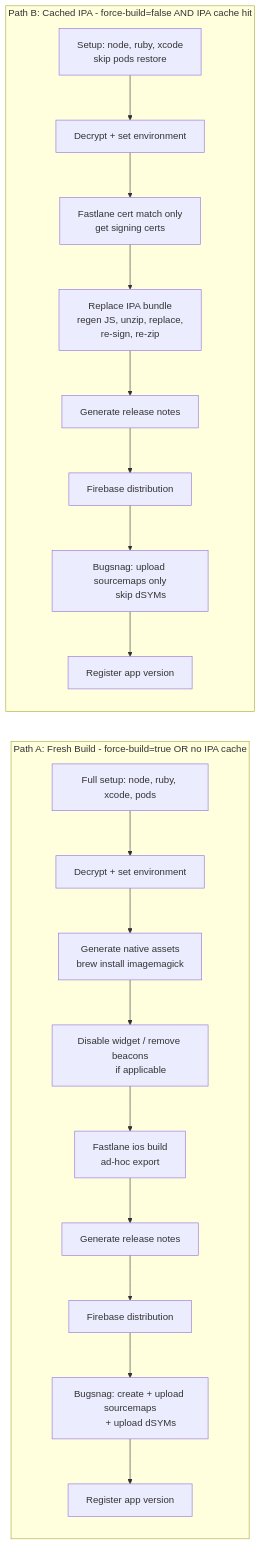
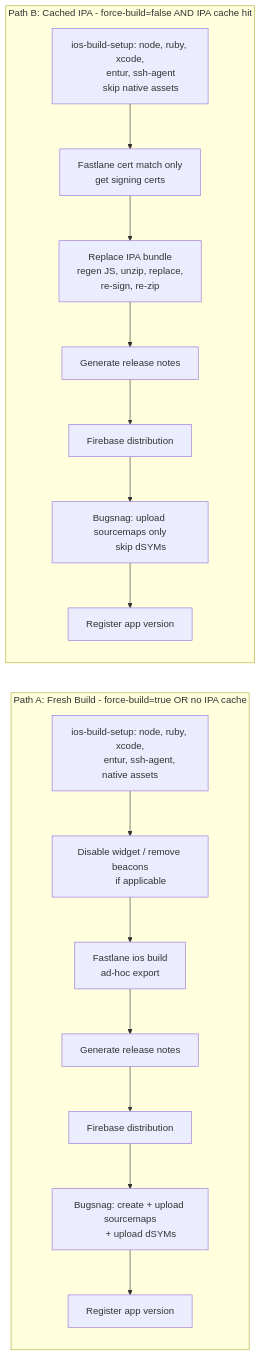
The sixth of 7 diagrams in docs/ios-build-staging-graph.md (AtB-AS/mittatb-app), drawn with Mermaid before and after one commit. The commit also changed other lines of this file and 3 other files, not shown here.

Commit message:
tidy-up ios build

````diff
--- a/docs/ios-build-staging-graph.md
+++ b/docs/ios-build-staging-graph.md
@@ -308,34 +310,32 @@
 ```mermaid
 flowchart LR
     subgraph fresh ["Path A: Fresh Build - force-build=true OR no IPA cache"]
         direction TB
-        f1["Full setup: node, ruby, xcode, pods"] --> f2["Decrypt + set environment"]
-        f2 --> f3["Generate native assets
-        brew install imagemagick"]
-        f3 --> f4["Disable widget / remove beacons
+        f1["ios-build-setup: node, ruby, xcode,
+        entur, ssh-agent, native assets"] --> f2["Disable widget / remove beacons
         if applicable"]
-        f4 --> f5["Fastlane ios build
+        f2 --> f3["Fastlane ios build
         ad-hoc export"]
-        f5 --> f6["Generate release notes"]
-        f6 --> f7["Firebase distribution"]
-        f7 --> f8["Bugsnag: create + upload sourcemaps
+        f3 --> f4["Generate release notes"]
+        f4 --> f5["Firebase distribution"]
+        f5 --> f6["Bugsnag: create + upload sourcemaps
         + upload dSYMs"]
-        f8 --> f9["Register app version"]
+        f6 --> f7["Register app version"]
     end
 
     subgraph cached ["Path B: Cached IPA - force-build=false AND IPA cache hit"]
         direction TB
-        c1["Setup: node, ruby, xcode
-        skip pods restore"] --> c2["Decrypt + set environment"]
-        c2 --> c3["Fastlane cert match only
+        c1["ios-build-setup: node, ruby, xcode,
+        entur, ssh-agent
+        skip native assets"] --> c2["Fastlane cert match only
         get signing certs"]
-        c3 --> c4["Replace IPA bundle
+        c2 --> c3["Replace IPA bundle
         regen JS, unzip, replace,
         re-sign, re-zip"]
-        c4 --> c5["Generate release notes"]
-        c5 --> c6["Firebase distribution"]
-        c6 --> c7["Bugsnag: upload sourcemaps only
+        c3 --> c4["Generate release notes"]
+        c4 --> c5["Firebase distribution"]
+        c5 --> c6["Bugsnag: upload sourcemaps only
         skip dSYMs"]
-        c7 --> c8["Register app version"]
+        c6 --> c7["Register app version"]
     end
 ```
````
